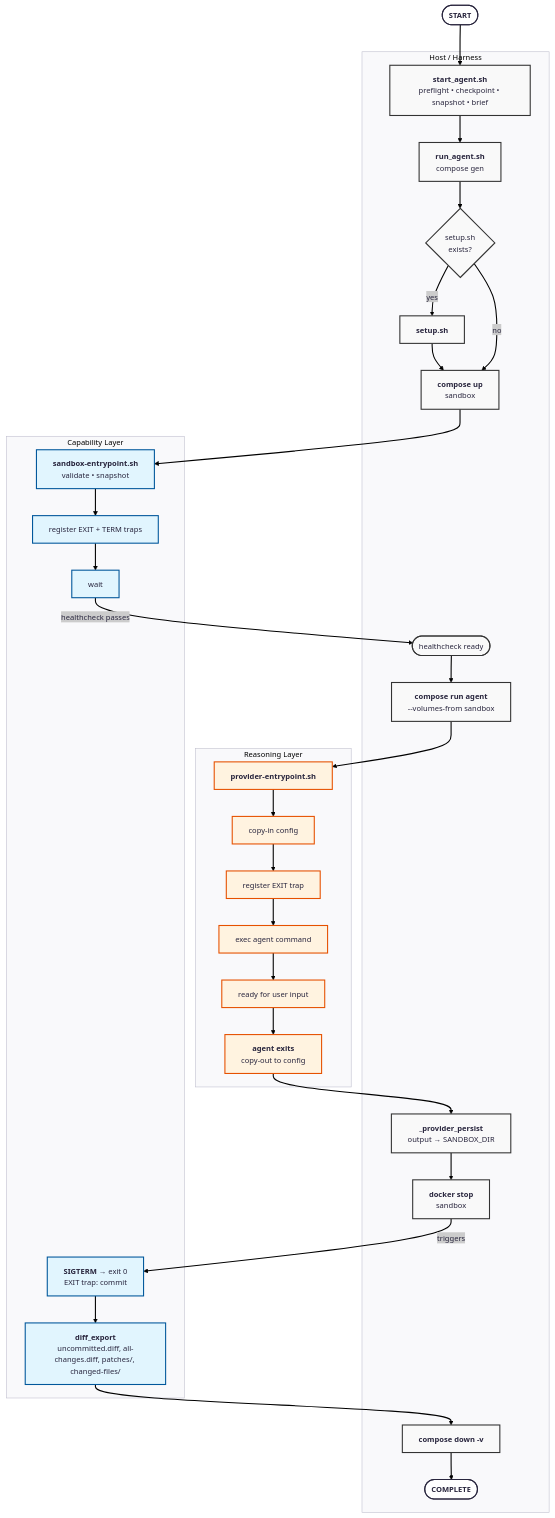
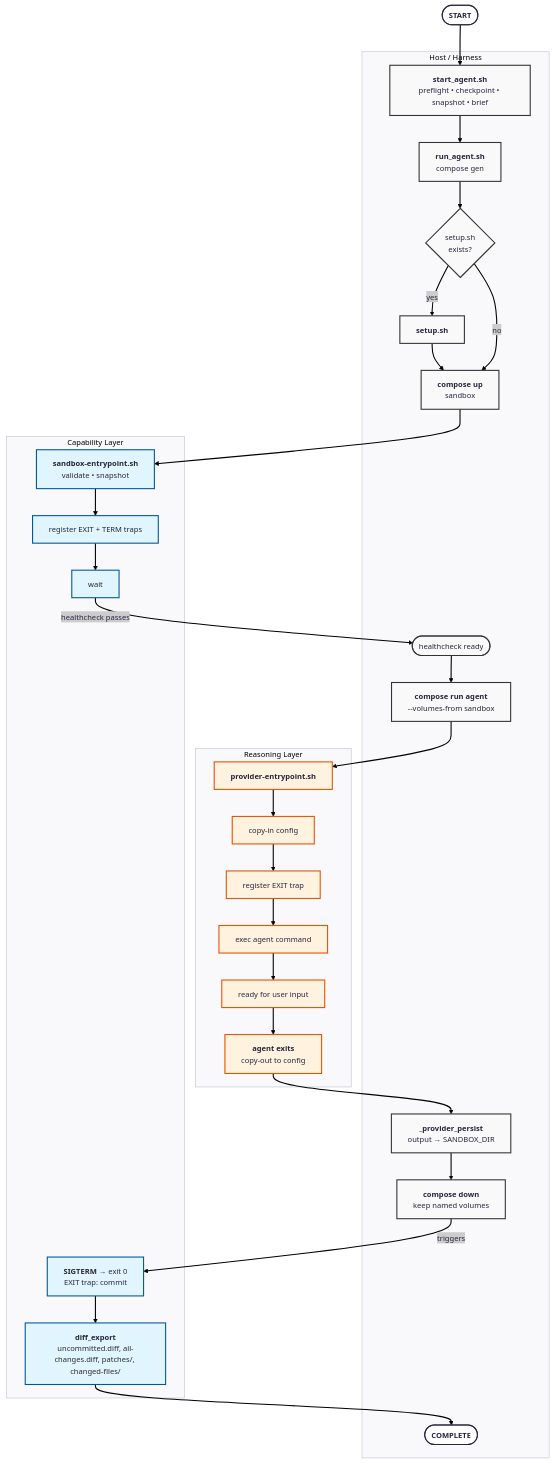
Before and after one commit to yaojiethng/agent-sandbox: the diagram in docs/architecture/execution_model.md, drawn with Mermaid. The commit also changed other lines of this file and 6 other files, not shown here.

````diff
--- a/docs/architecture/execution_model.md
+++ b/docs/architecture/execution_model.md
@@ -137,63 +190,62 @@
 ```mermaid
 ---
 config:
       theme: redux
 ---
 flowchart TD
     %% Global Styles
     classDef host fill:#f9f9f9,stroke:#333,stroke-width:2px;
     classDef cap fill:#e1f5fe,stroke:#01579b;
     classDef rsn fill:#fff3e0,stroke:#e65100;
 
     START([<b>START</b>]) --> SA
 
     subgraph HOST [Host / Harness]
         SA["<b>start_agent.sh</b><br/>preflight • checkpoint • snapshot • brief"]
         RA["<b>run_agent.sh</b><br/>compose gen"]
         DEC{setup.sh<br/>exists?}
         SH["<b>setup.sh</b>"]
         CUS["<b>compose up</b><br/>sandbox"]
         WAIT_HC([healthcheck ready])
         CRA["<b>compose run agent</b><br/>--volumes-from sandbox"]
         PP["<b>_provider_persist</b><br/>output → SANDBOX_DIR"]
-        DSS["<b>docker stop</b><br/>sandbox"]
-        CDV["<b>compose down -v</b>"]
+        CD["<b>compose down</b><br/>keep named volumes"]
         END([<b>COMPLETE</b>])
     end
 
     subgraph CAP [Capability Layer]
         SE["<b>sandbox-entrypoint.sh</b><br/>validate • snapshot"]
         TR["register EXIT + TERM traps"]
         WAIT["wait"]
         SIGTERM["<b>SIGTERM</b> → exit 0<br/>EXIT trap: commit"]
         DIFF["<b>diff_export</b><br/>uncommitted.diff, all-changes.diff, patches/, changed-files/"]
     end
 
     subgraph RSN [Reasoning Layer]
         PE["<b>provider-entrypoint.sh</b>"]
         CI["copy-in config"]
         ET["register EXIT trap"]
         EX["exec agent command"]
         RDY["ready for user input"]
         AE["<b>agent exits</b><br/>copy-out to config"]
     end
 
     %% Logic Flow
     SA --> RA --> DEC
     DEC -- yes --> SH --> CUS
     DEC -- no --> CUS
     CUS --> SE
     SE --> TR --> WAIT
     WAIT -- healthcheck passes --> WAIT_HC
     WAIT_HC --> CRA
     CRA --> PE
     PE --> CI --> ET --> EX --> RDY --> AE
-    AE --> PP --> DSS
-    DSS -- triggers --> SIGTERM
-    SIGTERM --> DIFF --> CDV --> END
+    AE --> PP --> CD
+    CD -- triggers --> SIGTERM
+    SIGTERM --> DIFF --> END
 
     %% Apply Styles
-    class SA,RA,DEC,SH,CUS,WAIT_HC,CRA,PP,DSS,CDV host;
+    class SA,RA,DEC,SH,CUS,WAIT_HC,CRA,PP,CD host;
     class SE,TR,WAIT,SIGTERM,DIFF cap;
     class PE,CI,ET,EX,RDY,AE rsn;
 ```
````
